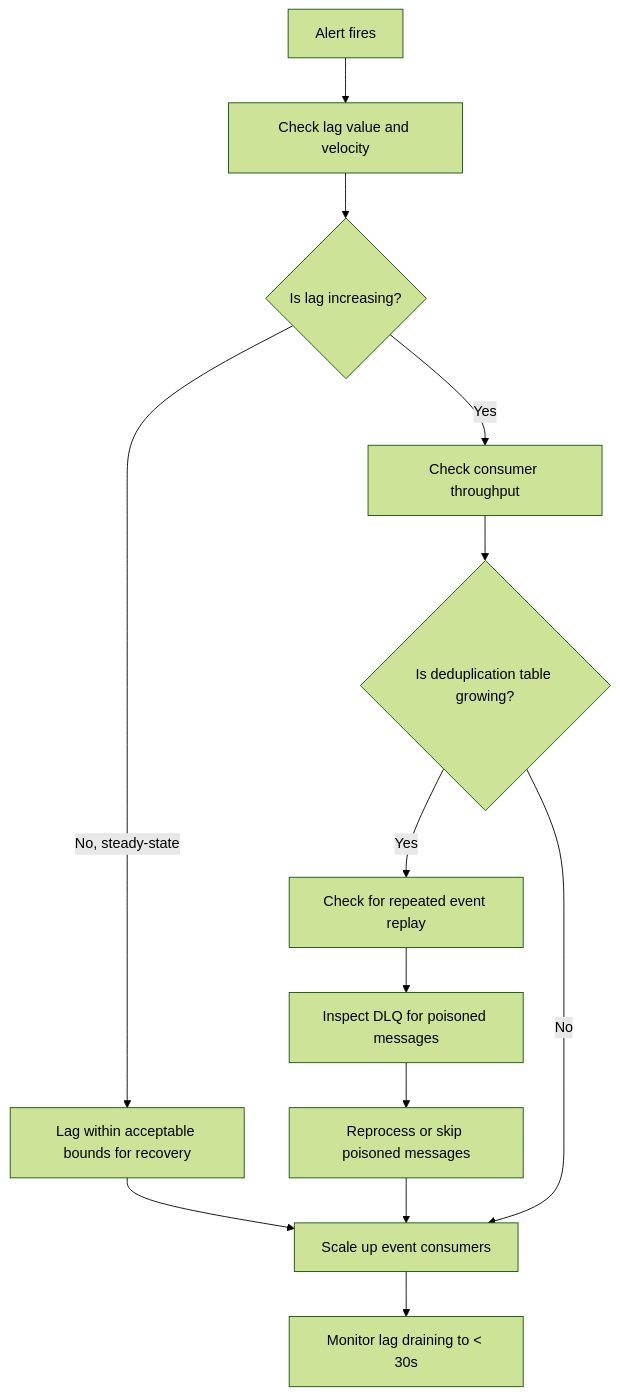
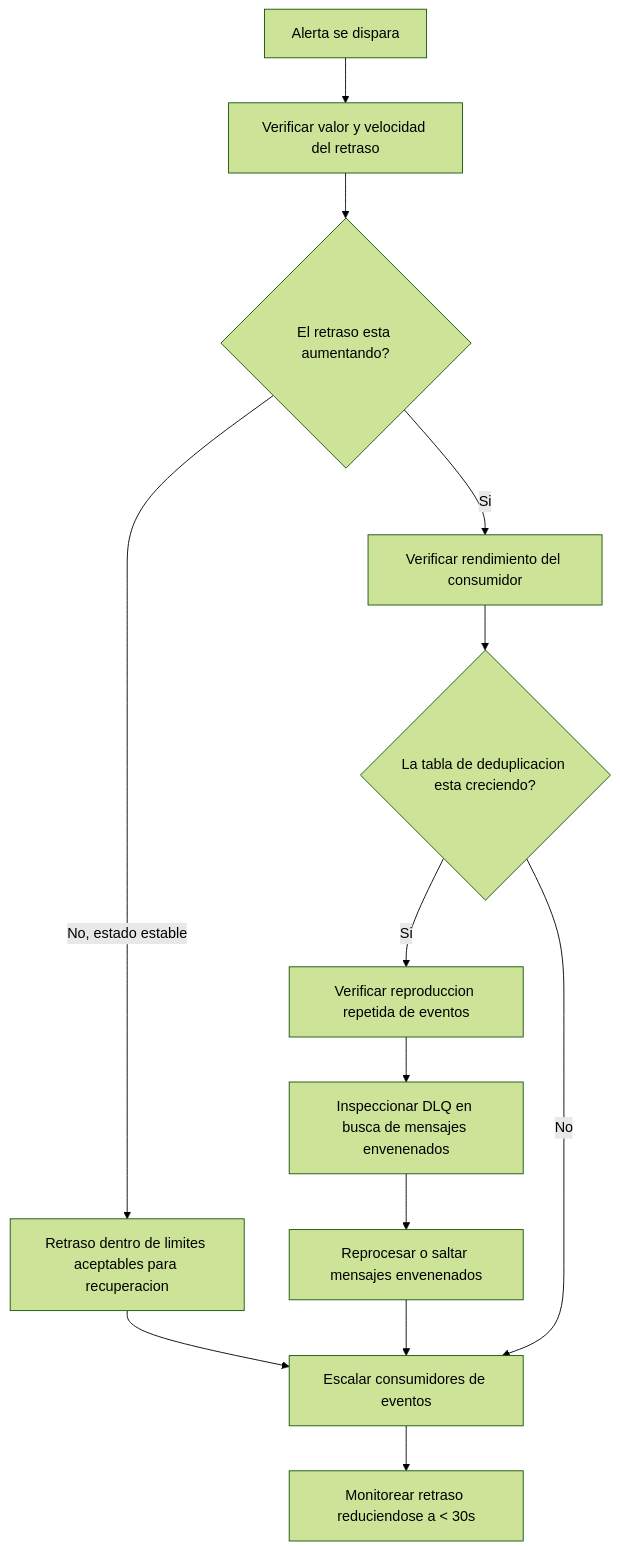
The fourth of 5 diagrams in docs/runbooks/incident-response.md (nalyd2/users-demo-backstage), drawn with Mermaid (forest theme) before and after one commit. The commit also changed other lines of this file and 52 other files, not shown here.

````diff
--- a/docs/runbooks/incident-response.md
+++ b/docs/runbooks/incident-response.md
@@ -379,15 +379,15 @@
 ```mermaid
 flowchart TD
-    A[Alert fires] --> B[Check lag value and velocity]
-    B --> C{Is lag increasing?}
-    C -- Yes --> D[Check consumer throughput]
-    D --> E{Is deduplication table growing?}
-    E -- Yes --> F[Check for repeated event replay]
-    F --> G[Inspect DLQ for poisoned messages]
-    G --> H[Reprocess or skip poisoned messages]
-    C -- No, steady-state --> I[Lag within acceptable bounds for recovery]
-    I --> J[Scale up event consumers]
+    A[Alerta se dispara] --> B[Verificar valor y velocidad del retraso]
+    B --> C{El retraso esta aumentando?}
+    C -- Si --> D[Verificar rendimiento del consumidor]
+    D --> E{La tabla de deduplicacion esta creciendo?}
+    E -- Si --> F[Verificar reproduccion repetida de eventos]
+    F --> G[Inspeccionar DLQ en busca de mensajes envenenados]
+    G --> H[Reprocesar o saltar mensajes envenenados]
+    C -- No, estado estable --> I[Retraso dentro de limites aceptables para recuperacion]
+    I --> J[Escalar consumidores de eventos]
     H --> J
     E -- No --> J
-    J --> K[Monitor lag draining to < 30s]
+    J --> K[Monitorear retraso reduciendose a < 30s]
 ```
````
